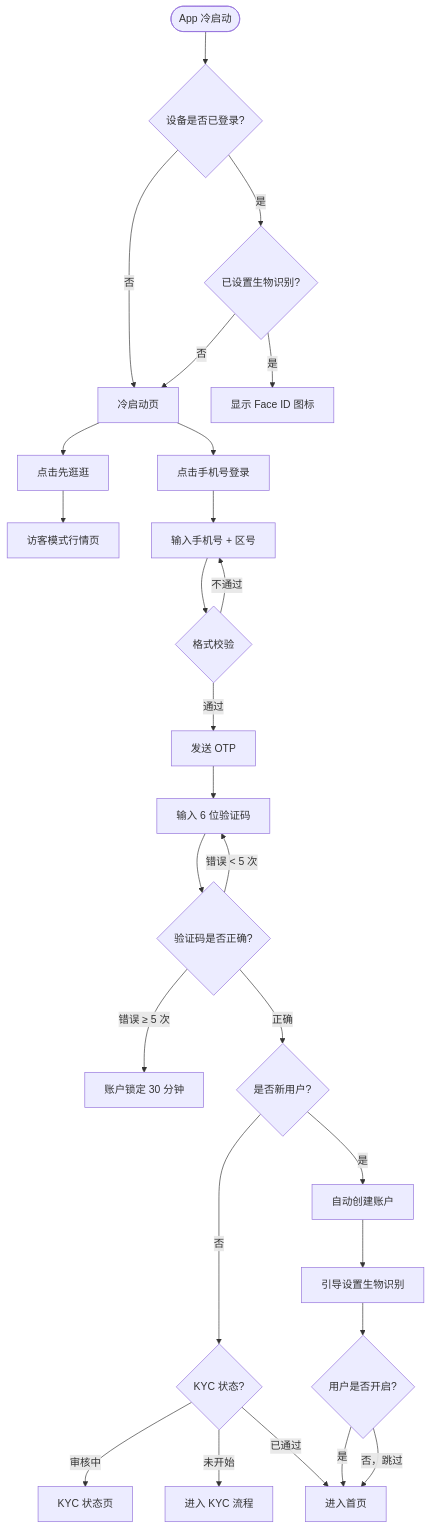
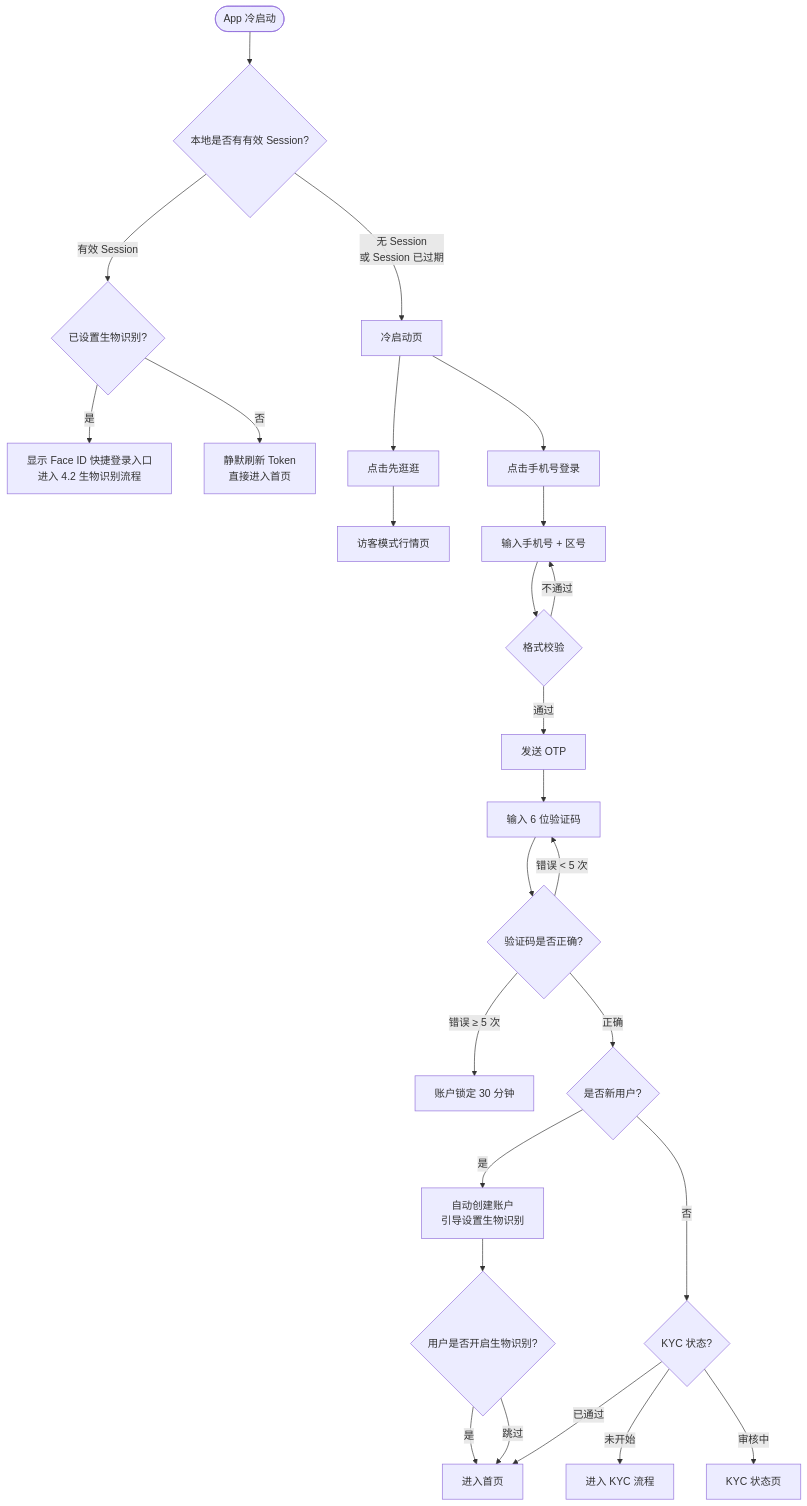
The first of 5 diagrams in mobile/docs/prd/01-auth.md (hxiaodon/ai-broker), drawn with Mermaid before and after one commit. The commit also changed other lines of this file and 10 other files, not shown here.

````diff
--- a/mobile/docs/prd/01-auth.md
+++ b/mobile/docs/prd/01-auth.md
@@ -62,37 +62,36 @@
 ```mermaid
 flowchart TD
-    A([App 冷启动]) --> B{设备是否已登录?}
-    B -->|是| C{已设置生物识别?}
-    B -->|否| D[冷启动页]
+    A([App 冷启动]) --> B{本地是否有有效 Session?}
+    B -->|有效 Session| C{已设置生物识别?}
+    B -->|无 Session\n或 Session 已过期| D[冷启动页]
 
-    C -->|是| E[显示 Face ID 图标]
-    C -->|否| D
+    C -->|是| E[显示 Face ID 快捷登录入口\n进入 4.2 生物识别流程]
+    C -->|否| F[静默刷新 Token\n直接进入首页]
 
-    D --> F[点击手机号登录]
-    D --> G[点击先逛逛]
+    D --> G[点击手机号登录]
+    D --> H[点击先逛逛]
 
-    G --> H[访客模式行情页]
+    H --> I[访客模式行情页]
 
-    F --> I[输入手机号 + 区号]
-    I --> J{格式校验}
-    J -->|不通过| I
-    J -->|通过| K[发送 OTP]
-    K --> L[输入 6 位验证码]
-    L --> M{验证码是否正确?}
+    G --> J[输入手机号 + 区号]
+    J --> K{格式校验}
+    K -->|不通过| J
+    K -->|通过| L[发送 OTP]
+    L --> M[输入 6 位验证码]
+    M --> N{验证码是否正确?}
 
-    M -->|错误 < 5 次| L
-    M -->|错误 ≥ 5 次| N[账户锁定 30 分钟]
-    M -->|正确| O{是否新用户?}
+    N -->|错误 < 5 次| M
+    N -->|错误 ≥ 5 次| O[账户锁定 30 分钟]
+    N -->|正确| P{是否新用户?}
 
-    O -->|是| P[自动创建账户]
-    O -->|否| Q{KYC 状态?}
+    P -->|是| Q[自动创建账户\n引导设置生物识别]
+    P -->|否| R{KYC 状态?}
 
-    P --> R[引导设置生物识别]
-    Q -->|未开始| S[进入 KYC 流程]
-    Q -->|审核中| T[KYC 状态页]
-    Q -->|已通过| U[进入首页]
+    Q --> S{用户是否开启生物识别?}
+    S -->|是| T[进入首页]
+    S -->|跳过| T
 
-    R --> V{用户是否开启?}
-    V -->|是| U
-    V -->|否，跳过| U
+    R -->|未开始| U[进入 KYC 流程]
+    R -->|审核中| V[KYC 状态页]
+    R -->|已通过| T
 ```
````
